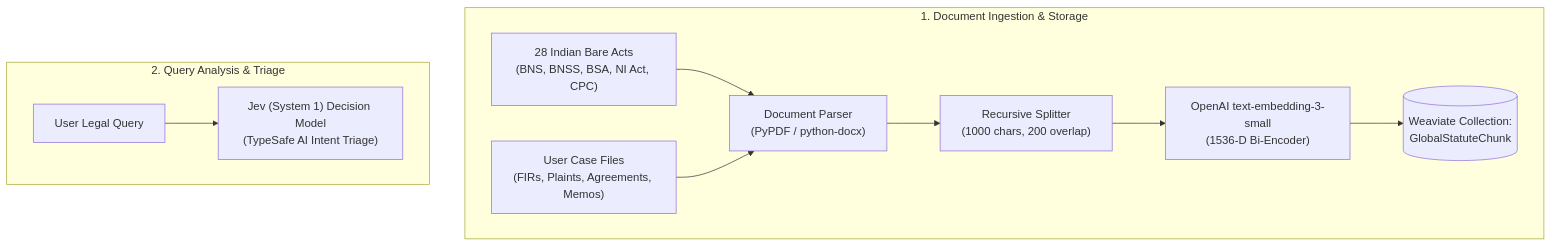
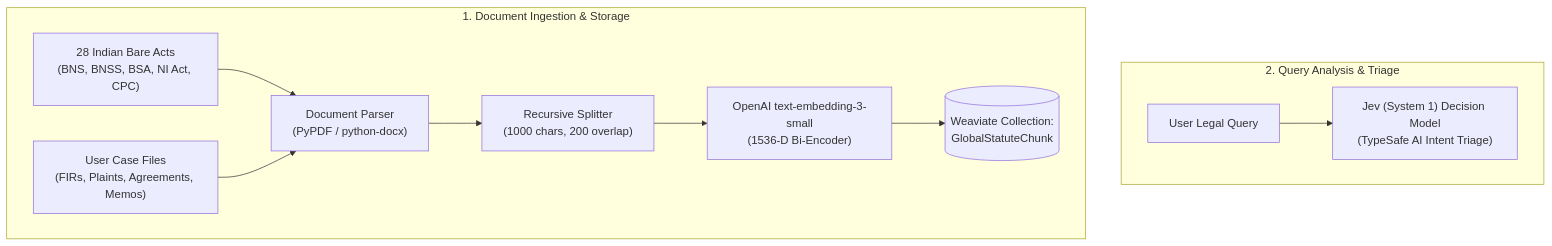
Before and after one commit to JaywardhanYadav/LegalDrishti-AI: the first of 2 diagrams in README.md, drawn with Mermaid.

Commit message:
docs: position Document Ingestion on left side and Query Triage on right side in V1 diagram

````diff
--- a/README.md
+++ b/README.md
@@ -35,19 +35,21 @@
 ```mermaid
-flowchart TD
+flowchart LR
     subgraph INGEST_V1["1. Document Ingestion & Storage"]
         direction LR
         DOC_STATUTES["28 Indian Bare Acts\n(BNS, BNSS, BSA, NI Act, CPC)"]
         DOC_USER["User Case Files\n(FIRs, Plaints, Agreements, Memos)"]
 
         DOC_STATUTES --> PARSER_V1["Document Parser\n(PyPDF / python-docx)"]
         DOC_USER --> PARSER_V1
         PARSER_V1 --> CHUNK_V1["Recursive Splitter\n(1000 chars, 200 overlap)"]
         CHUNK_V1 --> EMBED_V1["OpenAI text-embedding-3-small\n(1536-D Bi-Encoder)"]
         EMBED_V1 --> WEAVIATE_V1[("Weaviate Collection:\nGlobalStatuteChunk")]
     end
 
+    INGEST_V1 ~~~ TRIAGE_V1
+
     subgraph TRIAGE_V1["2. Query Analysis & Triage"]
         direction LR
         QUERY_V1["User Legal Query"] --> JEV_V1["Jev (System 1) Decision Model\n(TypeSafe AI Intent Triage)"]
     end
 ```
````
